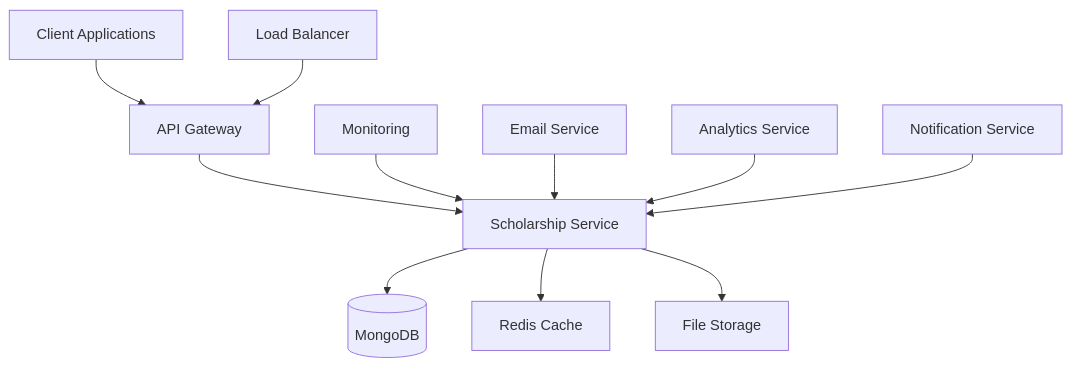
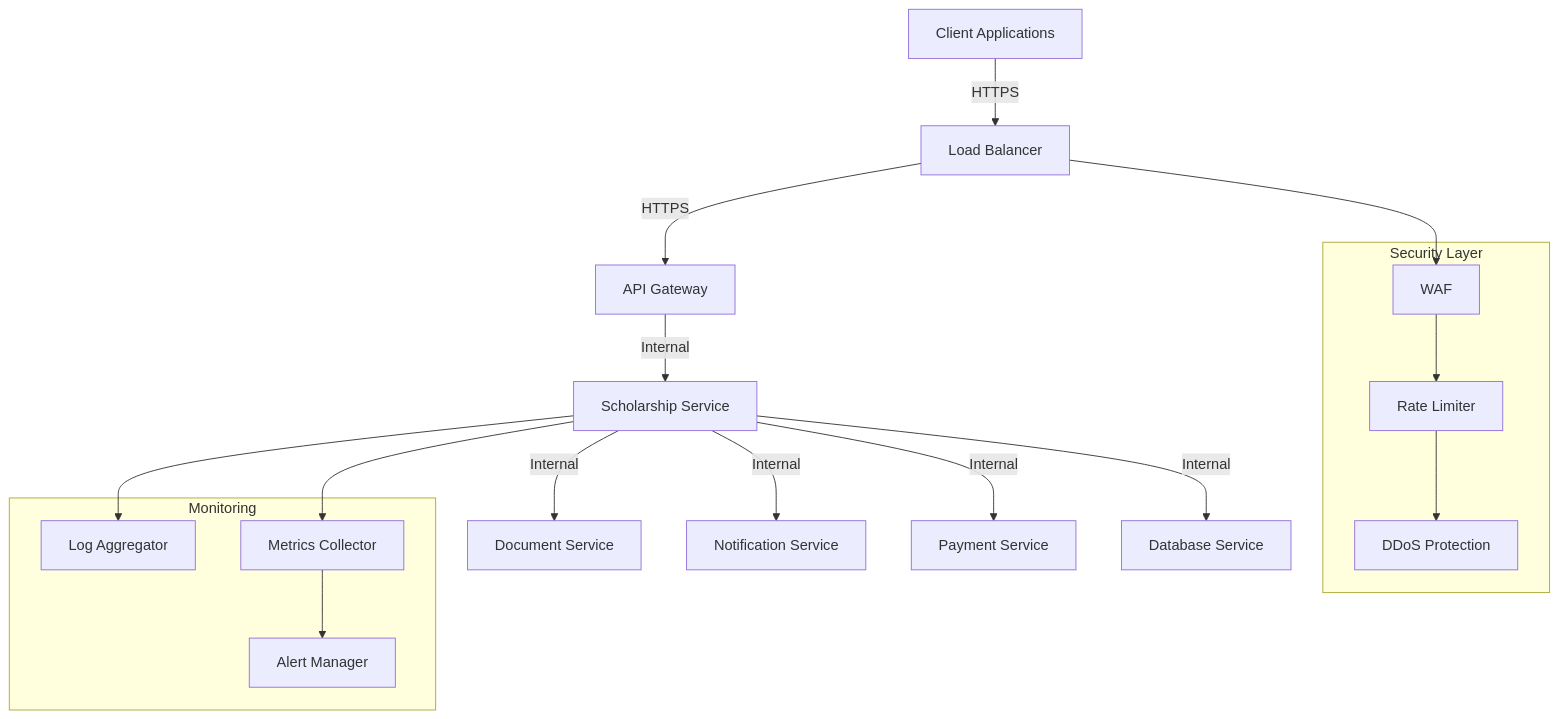
The first of 6 diagrams in README.md (charankandukuri-52/The-Student-Voice), drawn with Mermaid before and after one commit. The commit also changed other lines of this file, not shown here.

````diff
--- a/README.md
+++ b/README.md
@@ -24,13 +8,29 @@
 ```mermaid
 graph TD
-    A[Client Applications] --> B[API Gateway]
-    B --> C[Scholarship Service]
-    C --> D[(MongoDB)]
-    C --> E[Redis Cache]
-    C --> F[File Storage]
-    G[Monitoring] --> C
-    H[Load Balancer] --> B
-    I[Email Service] --> C
-    J[Analytics Service] --> C
-    K[Notification Service] --> C
+    A[Client Applications] -->|HTTPS| B[Load Balancer]
+    B -->|HTTPS| C[API Gateway]
+    C -->|Internal| D[Scholarship Service]
+    D -->|Internal| E[Document Service]
+    D -->|Internal| F[Notification Service]
+    D -->|Internal| G[Payment Service]
+    D -->|Internal| H[Database Service]
+    
+    subgraph Security Layer
+        I[WAF]
+        J[Rate Limiter]
+        K[DDoS Protection]
+    end
+    
+    subgraph Monitoring
+        L[Log Aggregator]
+        M[Metrics Collector]
+        N[Alert Manager]
+    end
+    
+    B --> I
+    I --> J
+    J --> K
+    D --> L
+    D --> M
+    M --> N
 ```
````
